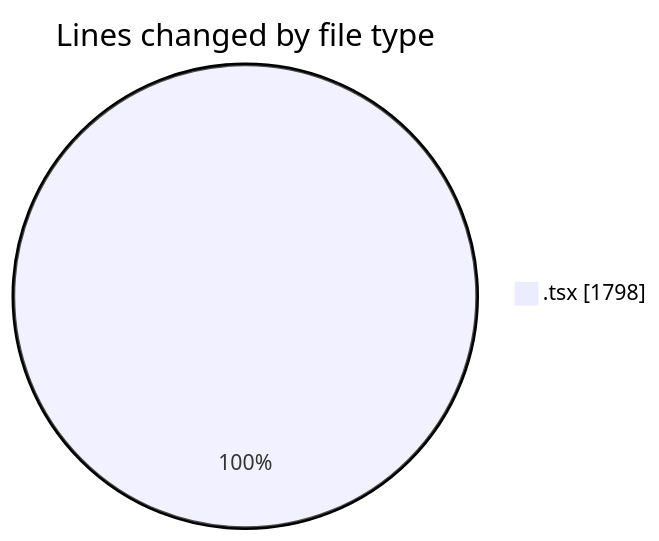
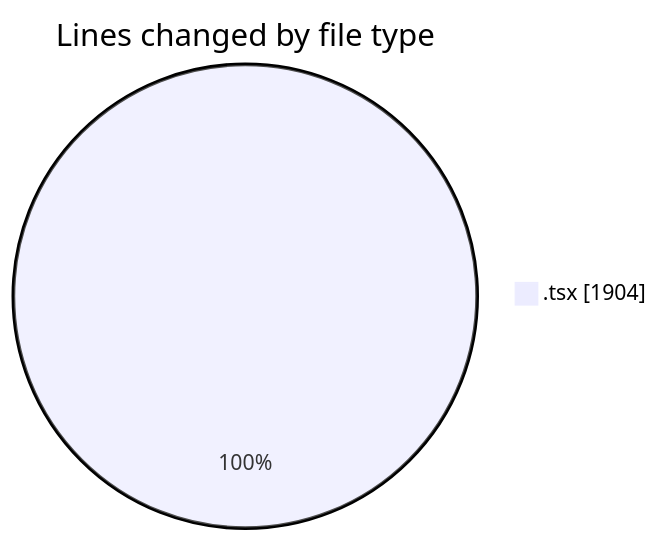
One commit to momahboobian/code-tracking changed the first of 2 diagrams in 2025-06-12/cda/README.md. Above: the diagram before and after it, drawn with Mermaid. The commit also changed other lines of this file and 1 other file, not shown here.

````diff
--- a/2025-06-12/cda/README.md
+++ b/2025-06-12/cda/README.md
@@ -23,5 +23,5 @@
 ```mermaid
 pie showData
 title Lines changed by file type
-".tsx" : 1798
+".tsx" : 1904
 ```
````
